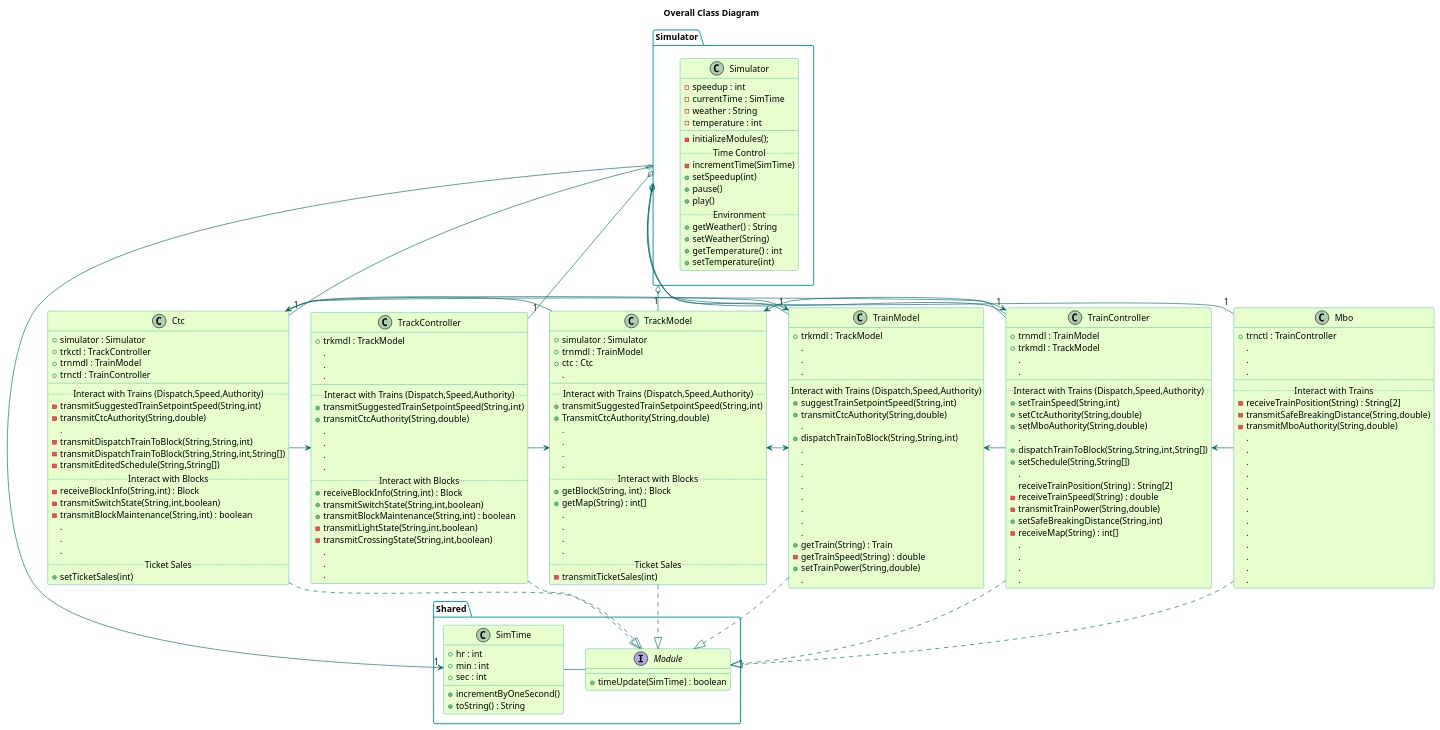
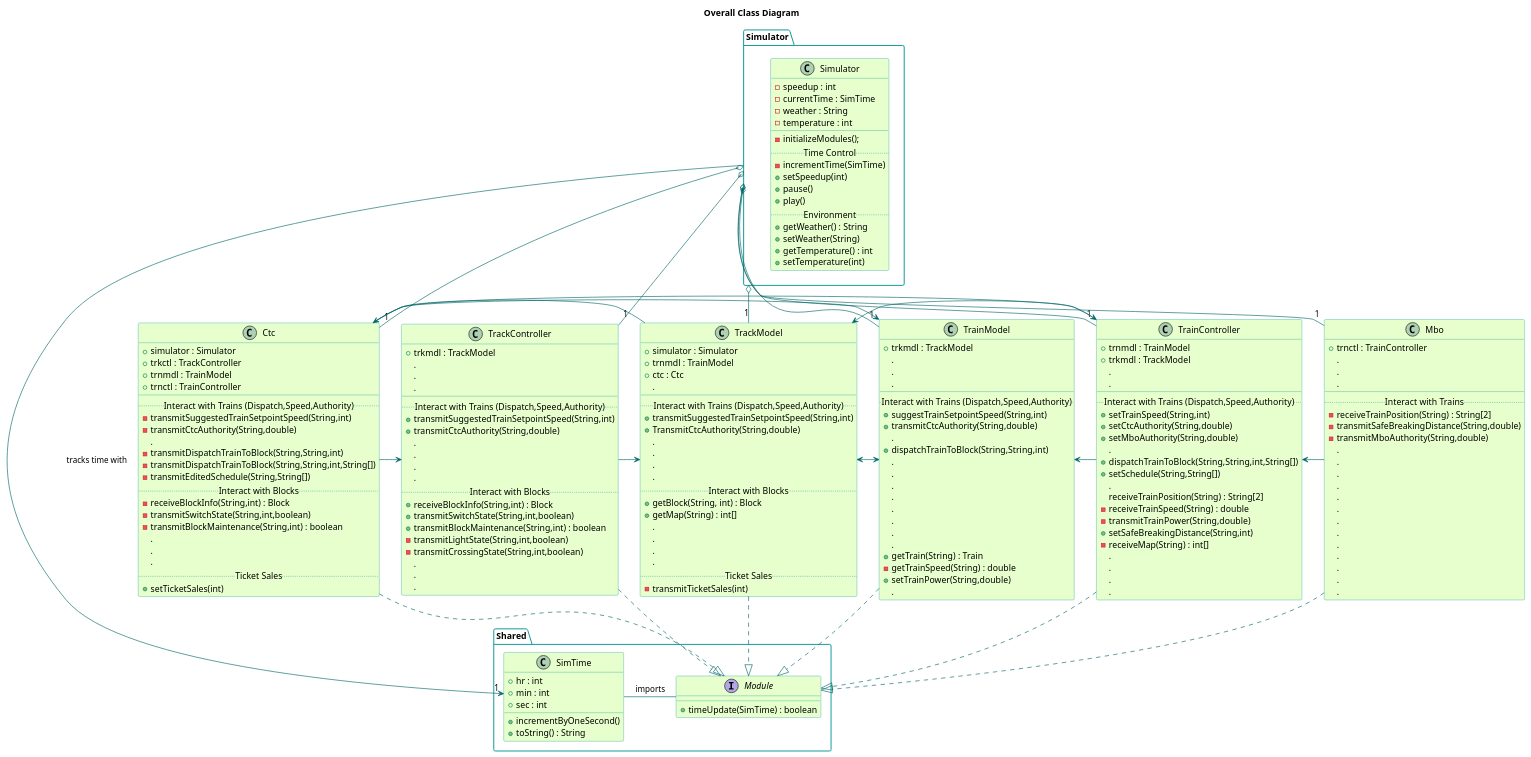
The diagram in TrainSystem/yUML/Class Diagrams/OverallClassDiagram.pu (kevingilboy/COE1186), drawn with PlantUML before and after one commit. The commit also changed 1 other file, not shown here.

Commit message:
Updated class diagrams

```diff
--- a/TrainSystem/yUML/Class Diagrams/OverallClassDiagram.pu
+++ b/TrainSystem/yUML/Class Diagrams/OverallClassDiagram.pu
@@ -182,7 +182,7 @@
   .
 }
 
-Simulator -> "1" SimTime
+Simulator -> "1" SimTime : tracks time with
 
 Simulator o--"1" Ctc
 Simulator o--"1" TrackController
@@ -198,7 +198,7 @@
 TrainController -.|> Module
 Mbo -.|> Module
 
-Module - SimTime
+Module - SimTime : imports
 
 Ctc -> TrackController
 TrackController -> TrackModel
```
